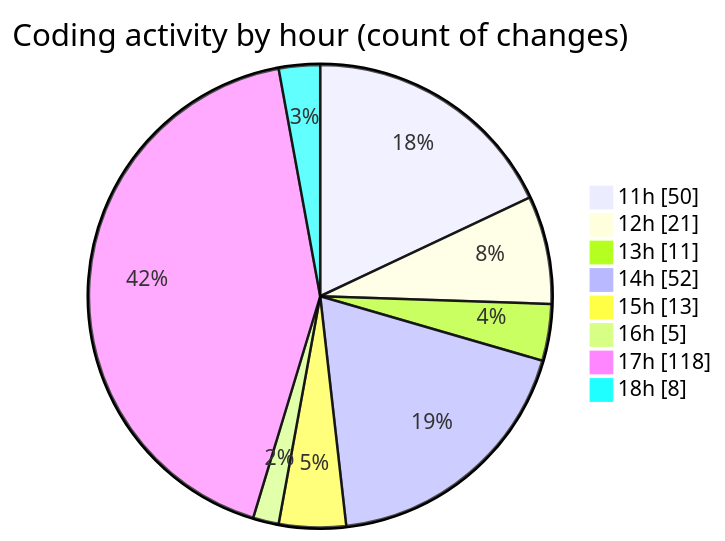
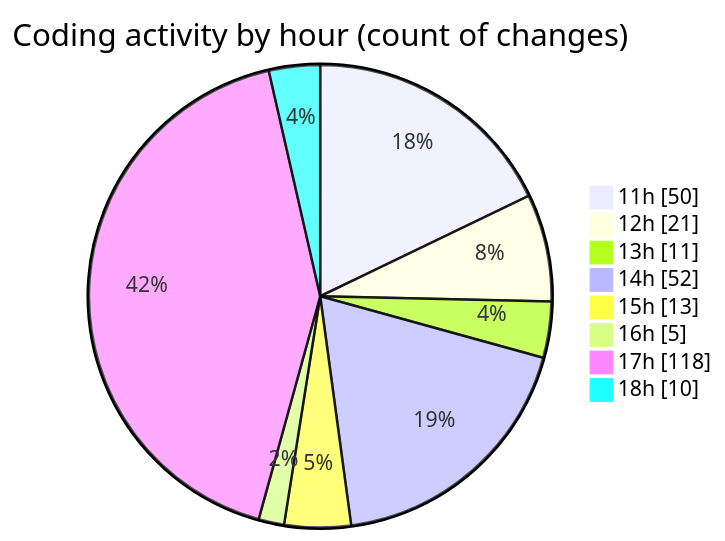
Before and after one commit to tmsrecording-cyber/code-tracking: the second of 2 diagrams in 2026-02-06/singularitybrainai/README.md, drawn with Mermaid. The commit also changed other lines of this file and 1 other file, not shown here.

````diff
--- a/2026-02-06/singularitybrainai/README.md
+++ b/2026-02-06/singularitybrainai/README.md
@@ -43,12 +43,12 @@
 ```mermaid
 pie showData
 title Coding activity by hour (count of changes)
 "11h" : 50
 "12h" : 21
 "13h" : 11
 "14h" : 52
 "15h" : 13
 "16h" : 5
 "17h" : 118
-"18h" : 8
+"18h" : 10
 ```
````
